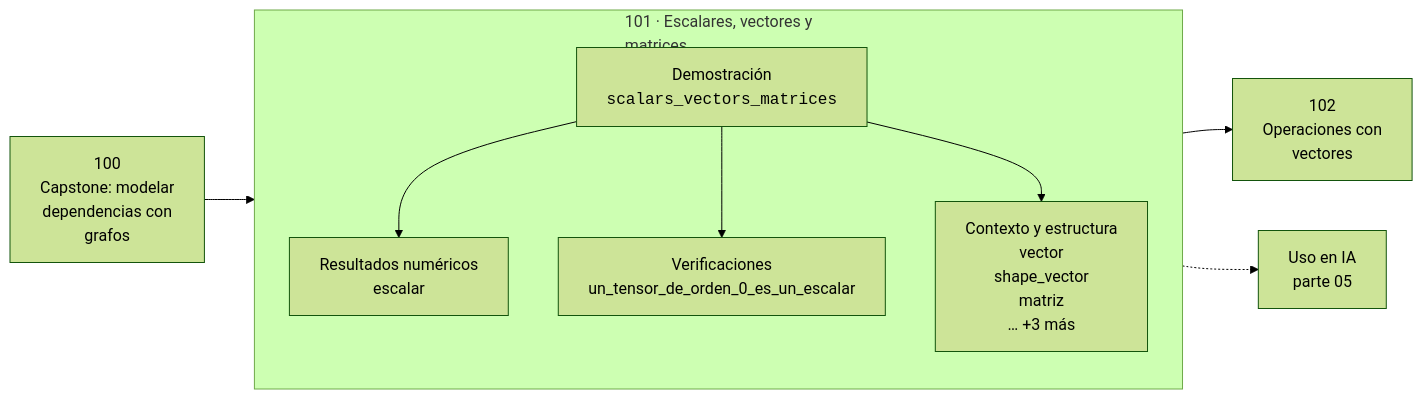
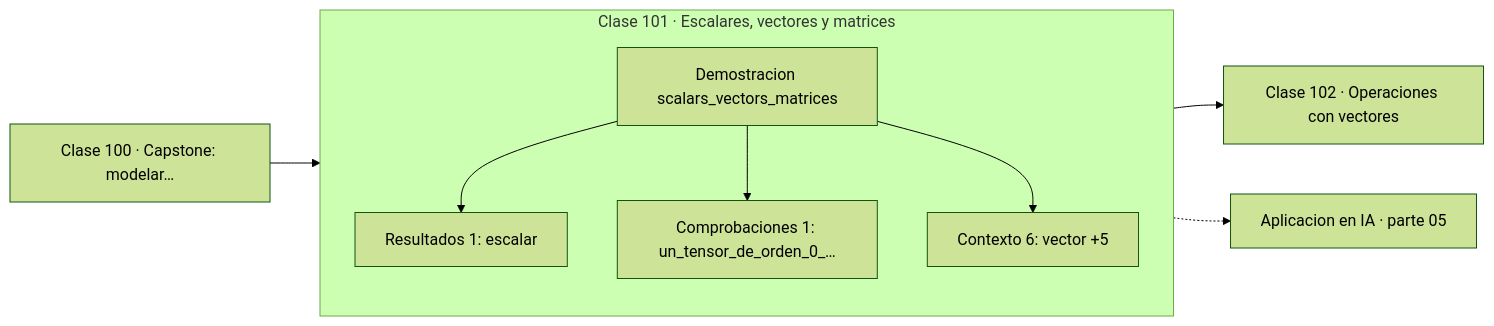
One commit to vladimiracunadev-create/computational-mathematics-program changed the diagram in classes/part-05-algebra-lineal-i-vectores-y-matrices/101-escalares-vectores-y-matrices/README.md. Above: the diagram before and after it, drawn with Mermaid (forest theme). The commit also changed 389 other files, not shown here.

First line of the commit message:
fix(diagramas): elimina el HTML de las etiquetas Mermaid

````diff
--- a/classes/part-05-algebra-lineal-i-vectores-y-matrices/101-escalares-vectores-y-matrices/README.md
+++ b/classes/part-05-algebra-lineal-i-vectores-y-matrices/101-escalares-vectores-y-matrices/README.md
@@ -30,12 +30,13 @@
 ```mermaid
 flowchart LR
-    P["100<br/>Capstone: modelar<br/>dependencias con<br/>grafos"] --> C
-    subgraph C["101 · Escalares, vectores y<br/>matrices"]
+    P["Clase 100 · Capstone: modelar…"] --> D
+    subgraph CLASE["Clase 101 · Escalares, vectores y matrices"]
         direction TB
-        D["Demostración<br/><code>scalars_vectors_matrices</code>"] --> R["Resultados numéricos<br/>escalar"]
-        D --> V["Verificaciones<br/>un_tensor_de_orden_0_es_un_escalar"]
-        D --> O["Contexto y estructura<br/>vector<br/>shape_vector<br/>matriz<br/>… +3 más"]
+        D["Demostracion scalars_vectors_matrices"]
+        D --> R["Resultados 1: escalar"]
+        D --> V["Comprobaciones 1: un_tensor_de_orden_0_…"]
+        D --> O["Contexto 6: vector +5"]
     end
-    C --> N["102<br/>Operaciones con<br/>vectores"]
-    C -.-> IA["Uso en IA<br/>parte 05"]
+    R --> N["Clase 102 · Operaciones con vectores"]
+    V -.-> IA["Aplicacion en IA · parte 05"]
 ```
````
